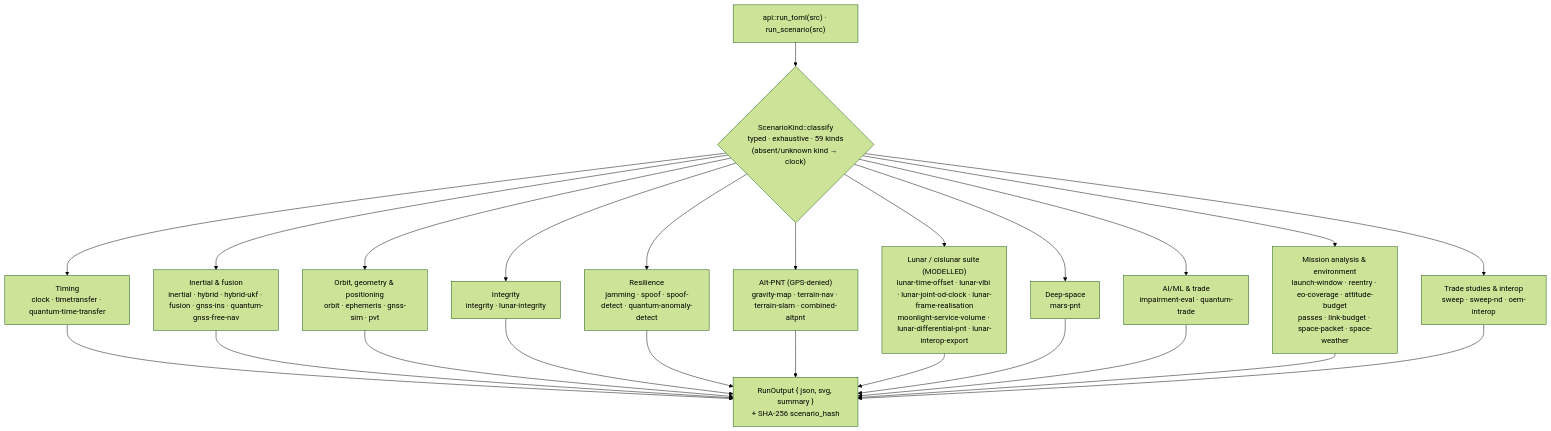
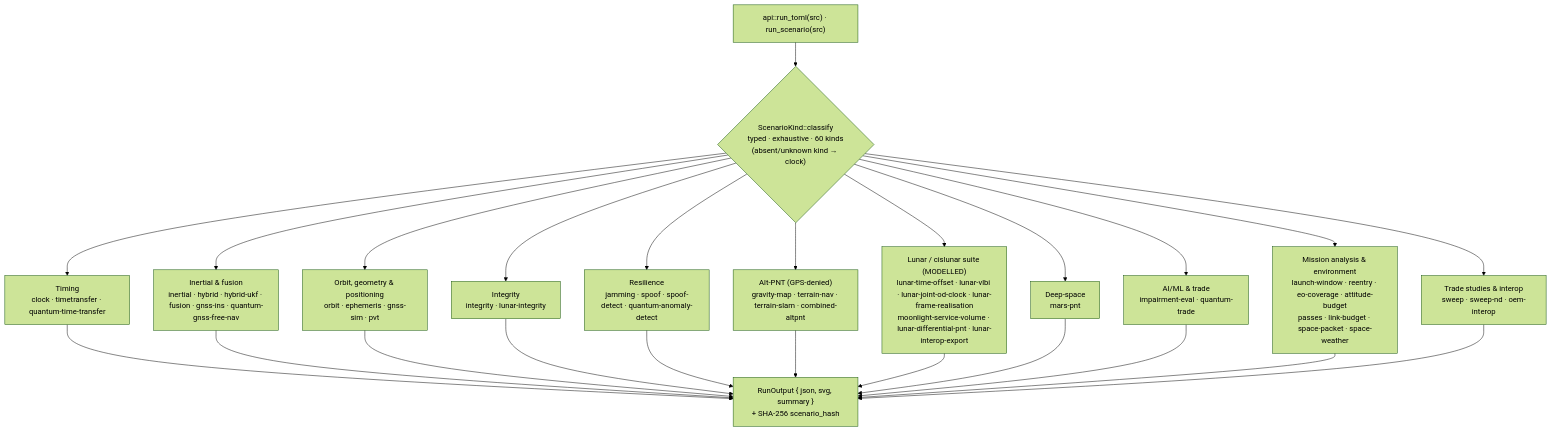
One commit to ashfordeOU/kshana changed the seventh of 11 diagrams in docs/ARCHITECTURE.md. Above: the diagram before and after it, drawn with Mermaid (forest theme). The commit also changed other lines of this file and 34 other files, not shown here.

First line of the commit message:
feat(lunar): make surface-beacon augmentation reachable — a `lunar-beacon` scenario kind, and the matrix row it never had

````diff
--- a/docs/ARCHITECTURE.md
+++ b/docs/ARCHITECTURE.md
@@ -406,16 +406,16 @@
 ```mermaid
 flowchart TD
-    F["api::run_toml(src) · run_scenario(src)"] --> K{"ScenarioKind::classify<br/>typed · exhaustive · 59 kinds<br/>(absent/unknown kind → clock)"}
+    F["api::run_toml(src) · run_scenario(src)"] --> K{"ScenarioKind::classify<br/>typed · exhaustive · 60 kinds<br/>(absent/unknown kind → clock)"}
     K --> G1["Timing<br/>clock · timetransfer · quantum-time-transfer"]
     K --> G2["Inertial & fusion<br/>inertial · hybrid · hybrid-ukf · fusion · gnss-ins · quantum-gnss-free-nav"]
     K --> G3["Orbit, geometry & positioning<br/>orbit · ephemeris · gnss-sim · pvt"]
     K --> G4["Integrity<br/>integrity · lunar-integrity"]
     K --> G5["Resilience<br/>jamming · spoof · spoof-detect · quantum-anomaly-detect"]
     K --> G6["Alt-PNT (GPS-denied)<br/>gravity-map · terrain-nav · terrain-slam · combined-altpnt"]
     K --> G7["Lunar / cislunar suite (MODELLED)<br/>lunar-time-offset · lunar-vlbi · lunar-joint-od-clock · lunar-frame-realisation<br/>moonlight-service-volume · lunar-differential-pnt · lunar-interop-export"]
     K --> G8["Deep-space<br/>mars-pnt"]
     K --> G9["AI/ML & trade<br/>impairment-eval · quantum-trade"]
     K --> G10["Mission analysis & environment<br/>launch-window · reentry · eo-coverage · attitude-budget<br/>passes · link-budget · space-packet · space-weather"]
     K --> G11["Trade studies & interop<br/>sweep · sweep-nd · oem-interop"]
     G1 & G2 & G3 & G4 & G5 & G6 & G7 & G8 & G9 & G10 & G11 --> W["RunOutput { json, svg, summary }<br/>+ SHA-256 scenario_hash"]
 ```
````
